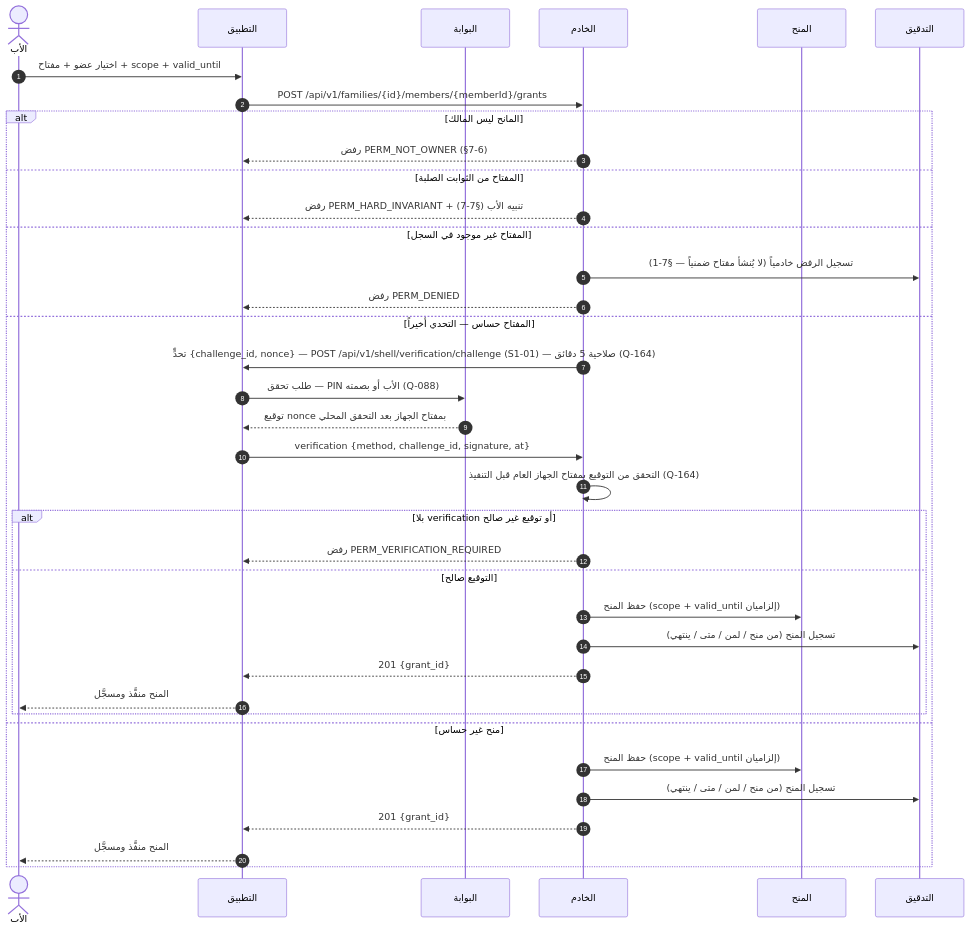
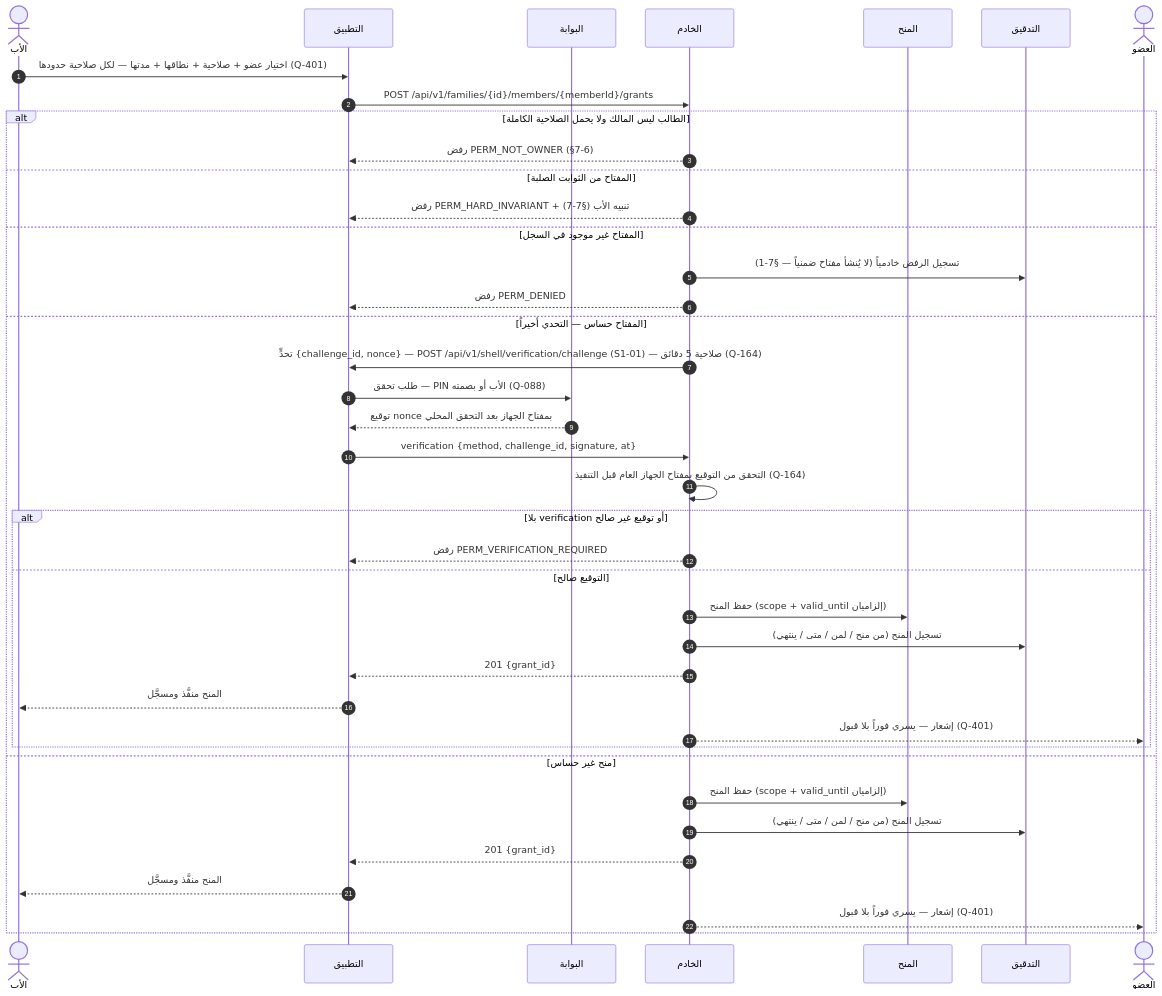
Before and after one commit to Bassam-mohammed-alqaeadi/family-os-v2: the fourth of 18 diagrams in docs/family-os/governance/phases/phase-1/S1-03-family-roles-and-permissions/DIAGRAMS.md, drawn with Mermaid. The commit also changed other lines of this file and 13 other files, not shown here.

````diff
--- a/docs/family-os/governance/phases/phase-1/S1-03-family-roles-and-permissions/DIAGRAMS.md
+++ b/docs/family-os/governance/phases/phase-1/S1-03-family-roles-and-permissions/DIAGRAMS.md
@@ -202,39 +281,42 @@
 ```mermaid
 sequenceDiagram
     autonumber
     actor Father as الأب
     participant App as التطبيق
     participant S101 as البوابة
     participant Ktor as الخادم
     participant Grants as المنح
     participant Audit as التدقيق
-    Father->>App: اختيار عضو + مفتاح + scope + valid_until
+    actor Member as العضو
+    Father->>App: اختيار عضو + صلاحية + نطاقها + مدتها — لكل صلاحية حدودها (Q-401)
     App->>Ktor: POST /api/v1/families/{id}/members/{memberId}/grants
-    alt المانح ليس المالك
+    alt الطالب ليس المالك ولا يحمل الصلاحية الكاملة
         Ktor-->>App: رفض PERM_NOT_OWNER (§7-6)
     else المفتاح من الثوابت الصلبة
         Ktor-->>App: رفض PERM_HARD_INVARIANT + تنبيه الأب (§7-7)
     else المفتاح غير موجود في السجل
         Ktor->>Audit: تسجيل الرفض خادمياً (لا يُنشأ مفتاح ضمنياً — §7-1)
         Ktor-->>App: رفض PERM_DENIED
     else المفتاح حساس — التحدي أخيراً
         Ktor->>App: تحدٍّ {challenge_id, nonce} — POST /api/v1/shell/verification/challenge (S1-01) — صلاحية 5 دقائق (Q-164)
         App->>S101: طلب تحقق — PIN الأب أو بصمته (Q-088)
         S101-->>App: توقيع nonce بمفتاح الجهاز بعد التحقق المحلي
         App->>Ktor: verification {method, challenge_id, signature, at}
         Ktor->>Ktor: التحقق من التوقيع بمفتاح الجهاز العام قبل التنفيذ (Q-164)
         alt بلا verification أو توقيع غير صالح
             Ktor-->>App: رفض PERM_VERIFICATION_REQUIRED
         else التوقيع صالح
             Ktor->>Grants: حفظ المنح (scope + valid_until إلزاميان)
             Ktor->>Audit: تسجيل المنح (من منح / لمن / متى / ينتهي)
             Ktor-->>App: 201 {grant_id}
             App-->>Father: المنح منفَّذ ومسجَّل
+            Ktor-->>Member: إشعار — يسري فوراً بلا قبول (Q-401)
         end
     else منح غير حساس
         Ktor->>Grants: حفظ المنح (scope + valid_until إلزاميان)
         Ktor->>Audit: تسجيل المنح (من منح / لمن / متى / ينتهي)
         Ktor-->>App: 201 {grant_id}
         App-->>Father: المنح منفَّذ ومسجَّل
+        Ktor-->>Member: إشعار — يسري فوراً بلا قبول (Q-401)
     end
 ```
````
